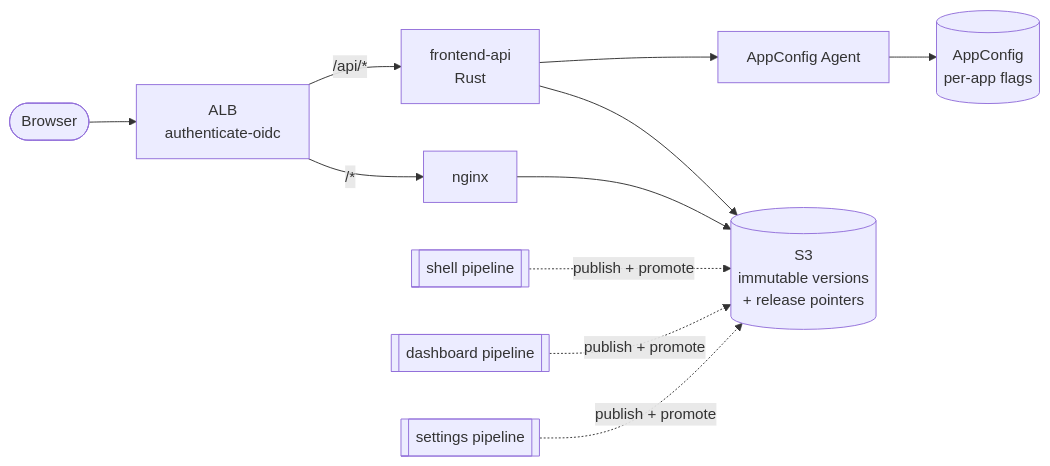
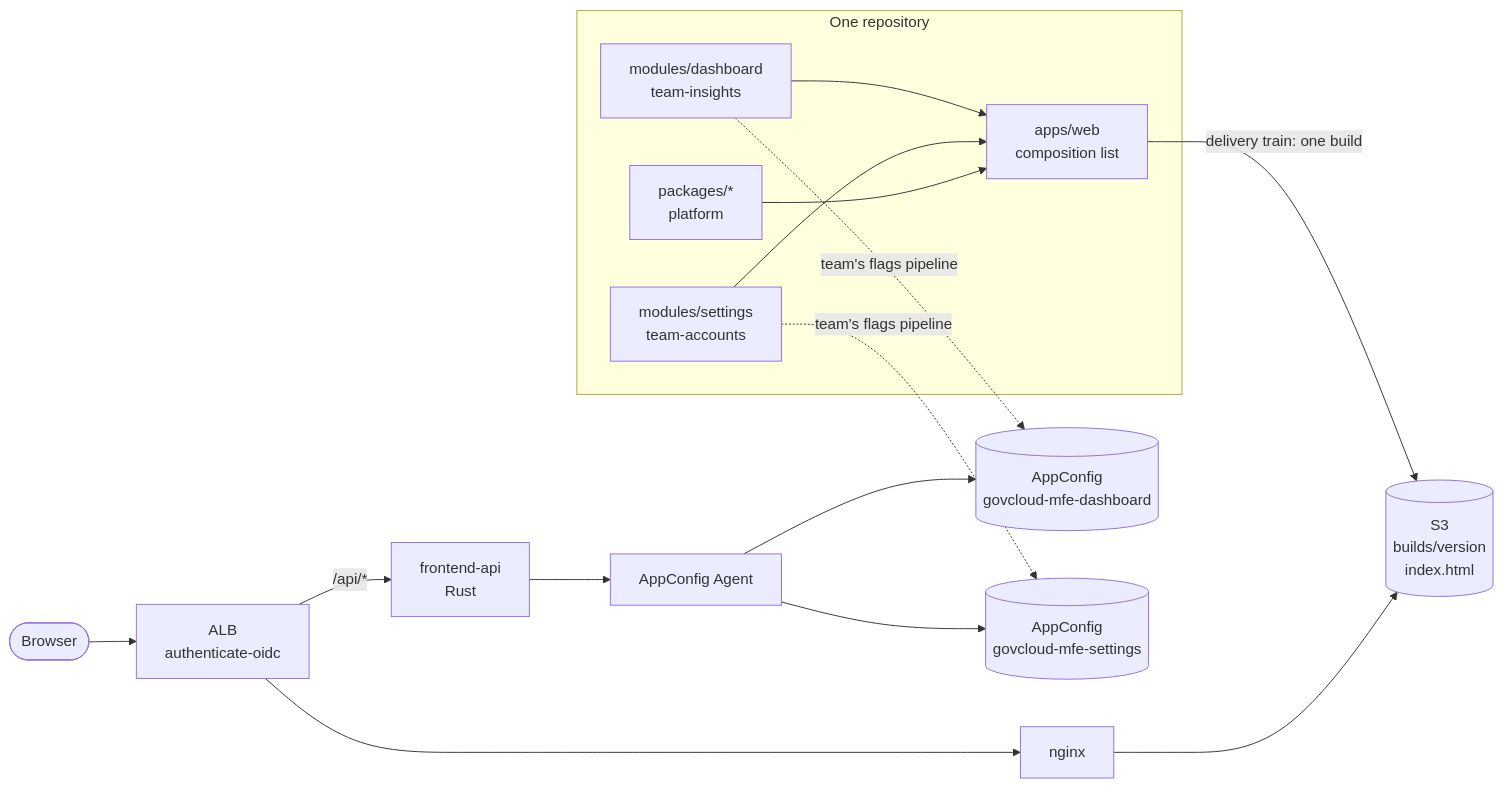
Before and after one commit to eric-minassian/govcloud-mfe: the diagram in README.md, drawn with Mermaid. The commit also changed other lines of this file and 213 other files, not shown here.

First line of the commit message:
Add build-time composition variant

````diff
--- a/README.md
+++ b/README.md
@@ -18,8 +28,13 @@
 ```mermaid
 flowchart LR
-  B([Browser]) --> ALB[ALB<br/>authenticate-oidc]
-  ALB -- "/*" --> N[nginx] --> S3[(S3<br/>immutable versions<br/>+ release pointers)]
-  ALB -- "/api/*" --> API[frontend-api<br/>Rust] --> S3
-  API --> AC[AppConfig Agent] --> APPCFG[(AppConfig<br/>per-app flags)]
-  P1[[shell pipeline]] & P2[[dashboard pipeline]] & P3[[settings pipeline]] -. publish + promote .-> S3
+  subgraph repo [One repository]
+    M1[modules/dashboard<br/>team-insights] --> W[apps/web<br/>composition list]
+    M2[modules/settings<br/>team-accounts] --> W
+    P[packages/*<br/>platform] --> W
+  end
+  W -- "delivery train: one build" --> S3[(S3<br/>builds/version<br/>index.html)]
+  M1 -. "team's flags pipeline" .-> AC1[(AppConfig<br/>govcloud-mfe-dashboard)]
+  M2 -. "team's flags pipeline" .-> AC2[(AppConfig<br/>govcloud-mfe-settings)]
+  B([Browser]) --> ALB[ALB<br/>authenticate-oidc] --> N[nginx] --> S3
+  ALB -- "/api/*" --> API[frontend-api<br/>Rust] --> AG[AppConfig Agent] --> AC1 & AC2
 ```
````
